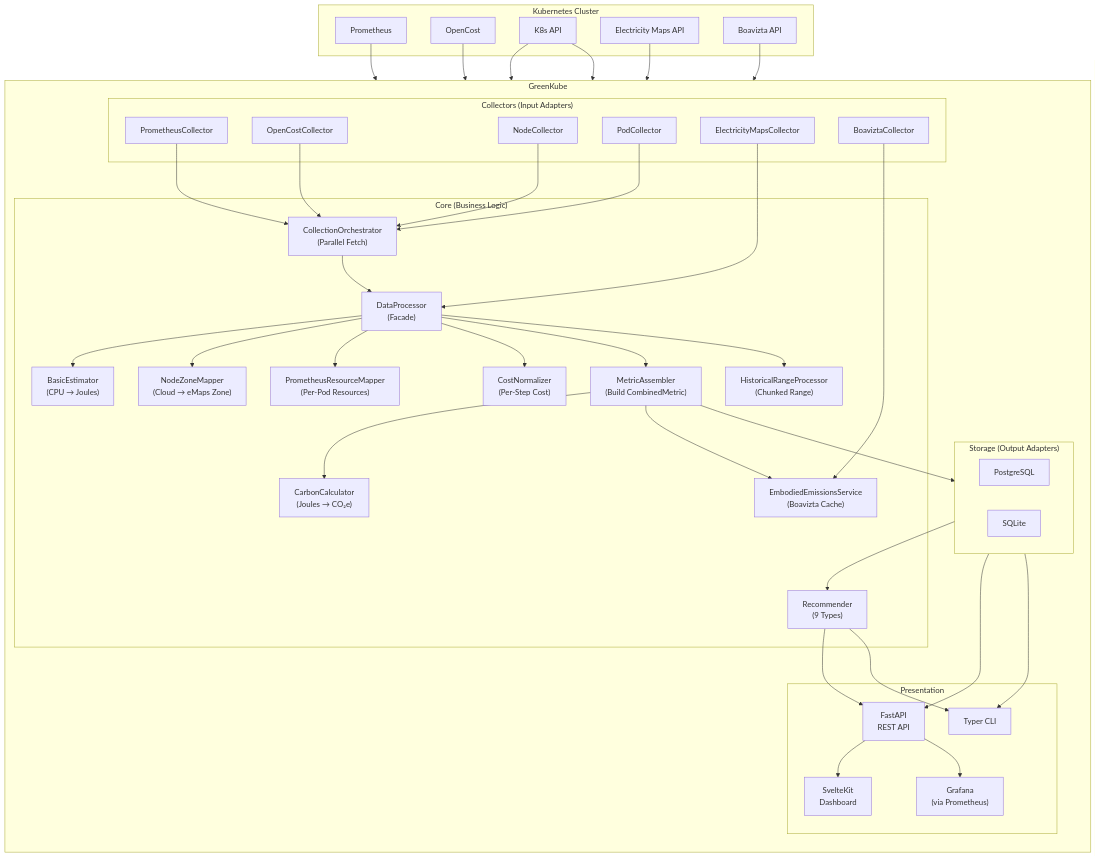
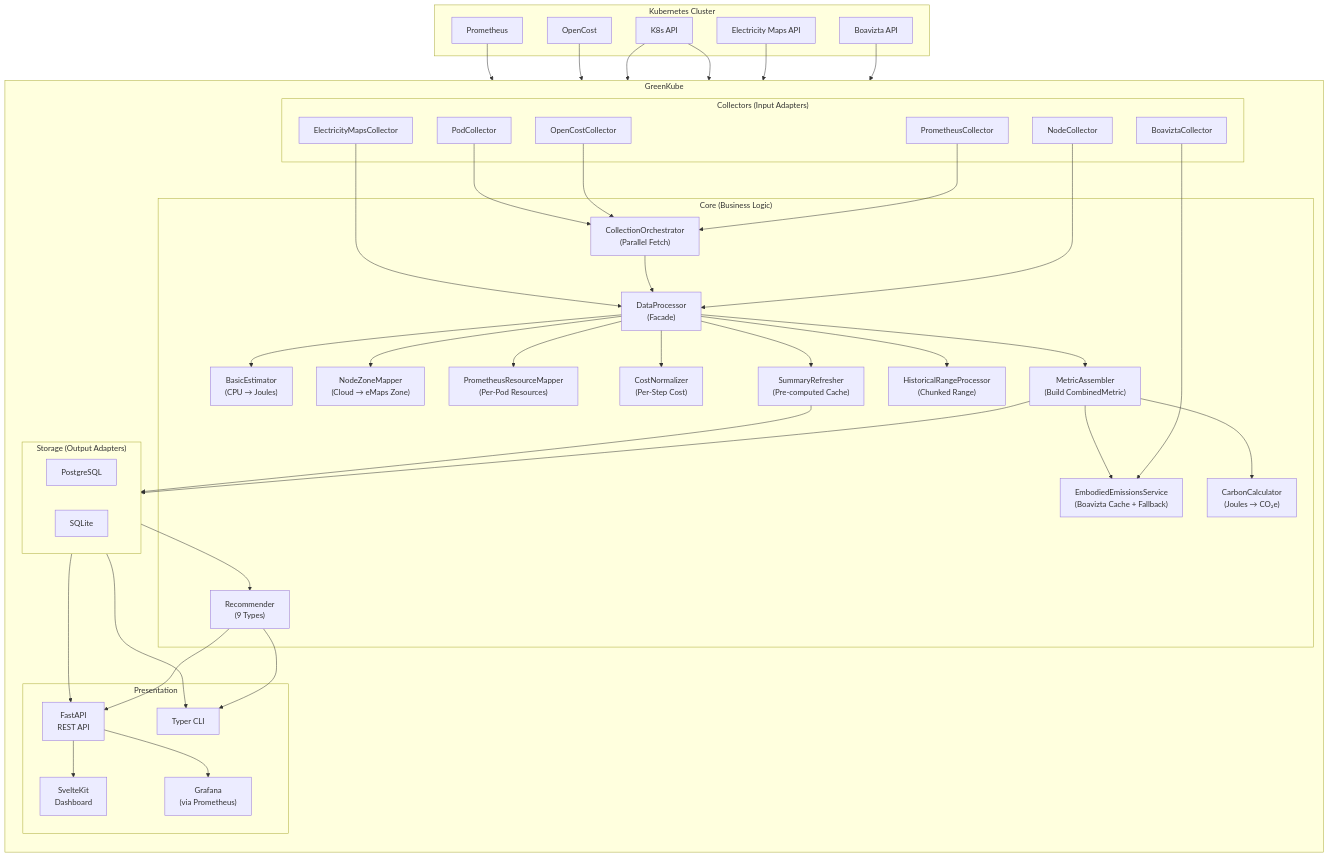
Before and after one commit to GreenKubeCloud/GreenKube: the diagram in docs/architecture.md, drawn with Mermaid. The commit also changed other lines of this file and 2 other files, not shown here.

```diff
--- a/docs/architecture.md
+++ b/docs/architecture.md
@@ -34,7 +34,8 @@
             NZM["NodeZoneMapper<br/>(Cloud → eMaps Zone)"]
             PRM["PrometheusResourceMapper<br/>(Per-Pod Resources)"]
             CN["CostNormalizer<br/>(Per-Step Cost)"]
-            ESvc["EmbodiedEmissionsService<br/>(Boavizta Cache)"]
+            ESvc["EmbodiedEmissionsService<br/>(Boavizta Cache + Fallback)"]
+            SR["SummaryRefresher<br/>(Pre-computed Cache)"]
             HRP["HistoricalRangeProcessor<br/>(Chunked Range)"]
             Rec["Recommender<br/>(9 Types)"]
         end
@@ -61,8 +62,8 @@
 
     PC --> CO
     OCC --> CO
-    NC --> CO
     PodC --> CO
+    NC --> DP
 
     CO --> DP
     EMC --> DP
@@ -74,10 +75,12 @@
     DP --> CN
     DP --> MA
     DP --> HRP
+    DP --> SR
 
     MA --> Calc
     MA --> ESvc
     MA --> Storage
+    SR --> Storage
 
     Storage --> API
     Storage --> CLI
```
